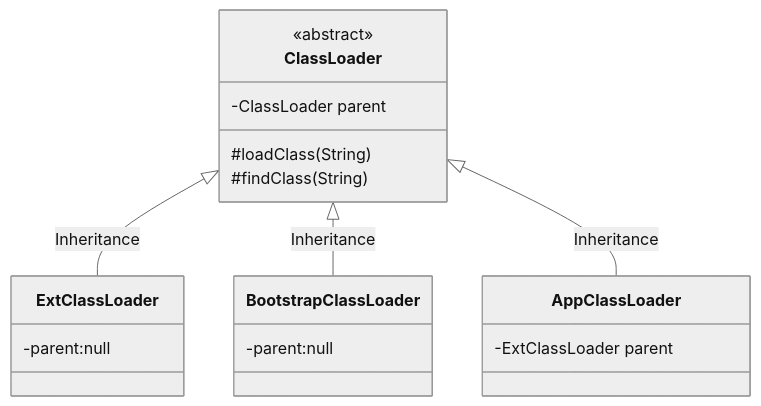
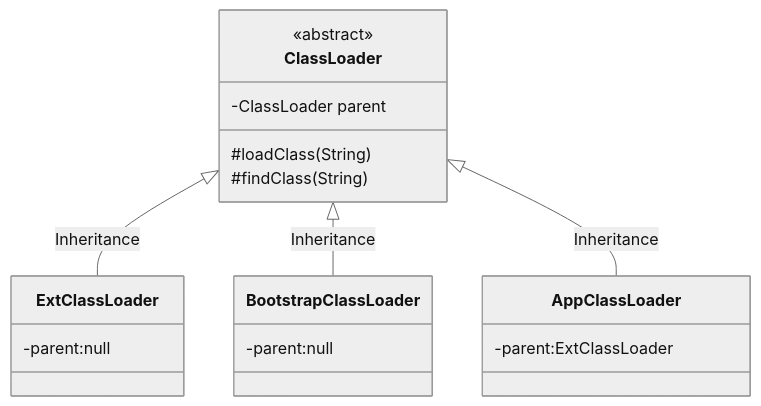
The first of 3 diagrams in java/java-class-loader.md (maiwenchang/maiwenchang.github.io), drawn with Mermaid (neutral theme) before and after one commit. The commit also changed other lines of this file and 6 other files, not shown here.

````diff
--- a/java/java-class-loader.md
+++ b/java/java-class-loader.md
@@ -3,23 +5,23 @@
 ```mermaid
 classDiagram
 			ClassLoader <|-- ExtClassLoader : Inheritance
 			ClassLoader <|-- BootstrapClassLoader : Inheritance
 			ClassLoader <|-- AppClassLoader : Inheritance
 			class ClassLoader{
 			    <<abstract>>
 			    -ClassLoader parent
           #loadClass(String)
           #findClass(String)
       }
       
       class ExtClassLoader{
           -parent:null
       }
       class BootstrapClassLoader{
           -parent:null
       }
       
       class AppClassLoader{
-          -ExtClassLoader parent
+          -parent:ExtClassLoader
       }
 ```
````
